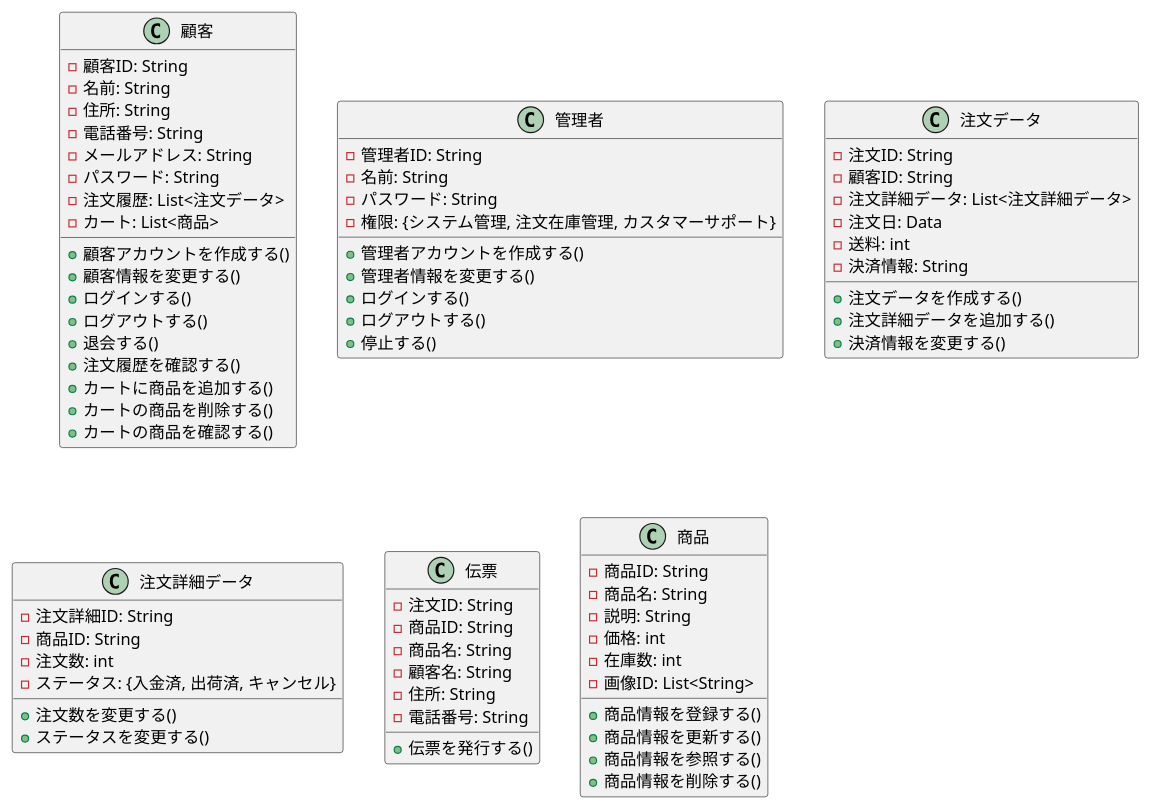
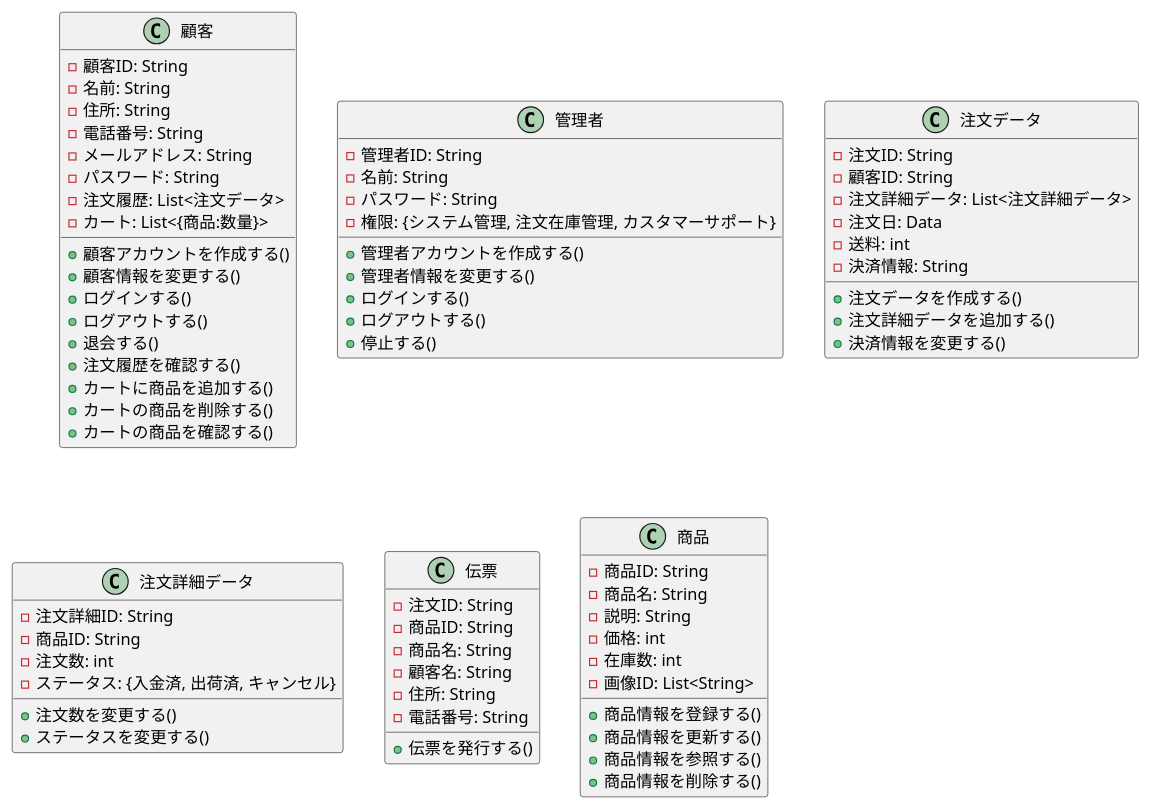
One commit to FujikawaHirono0520/group3_1_dogdog changed the diagram in BB/class.pu. Above: the diagram before and after it, drawn with PlantUML.

```diff
--- a/BB/class.pu
+++ b/BB/class.pu
@@ -1,85 +1,85 @@
 @startuml .
 
 class 顧客{
     - 顧客ID: String
     - 名前: String
     - 住所: String
     - 電話番号: String
     - メールアドレス: String
     - パスワード: String
     - 注文履歴: List<注文データ>
-    - カート: List<商品>
+    - カート: List<{商品:数量}>
 
     + 顧客アカウントを作成する()
     + 顧客情報を変更する()
     + ログインする()
     + ログアウトする()
     + 退会する()
     + 注文履歴を確認する()
     + カートに商品を追加する()
     + カートの商品を削除する()
     + カートの商品を確認する()
 }
 
 class 管理者 {
     - 管理者ID: String
     - 名前: String
     - パスワード: String
     - 権限: {システム管理, 注文在庫管理, カスタマーサポート}
 
     + 管理者アカウントを作成する()
     + 管理者情報を変更する()
     + ログインする()
     + ログアウトする()
     + 停止する()
 }
 
 class 注文データ {
     - 注文ID: String
     - 顧客ID: String
     - 注文詳細データ: List<注文詳細データ>
     - 注文日: Data
     - 送料: int
     - 決済情報: String
 
     + 注文データを作成する()
     + 注文詳細データを追加する()
     + 決済情報を変更する()
 }
 
 class 注文詳細データ {
     - 注文詳細ID: String
     - 商品ID: String
     - 注文数: int
     - ステータス: {入金済, 出荷済, キャンセル}
 
     + 注文数を変更する()
     + ステータスを変更する()
 }
 
 class 伝票 {
     - 注文ID: String
     - 商品ID: String
     - 商品名: String
     - 顧客名: String
     - 住所: String
     - 電話番号: String
 
     + 伝票を発行する()
 }
 
 class 商品 {
     - 商品ID: String
     - 商品名: String
     - 説明: String
     - 価格: int
     - 在庫数: int
     - 画像ID: List<String>
 
     + 商品情報を登録する()
     + 商品情報を更新する()
     + 商品情報を参照する()
     + 商品情報を削除する()
 }
 
 @enduml
```
